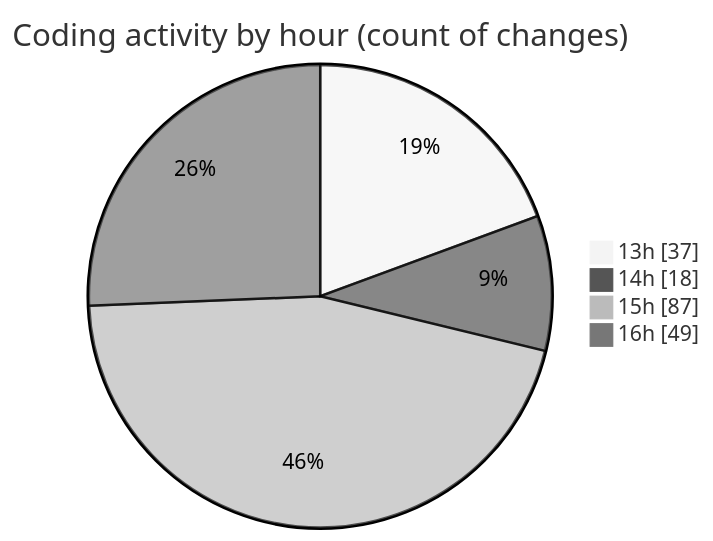
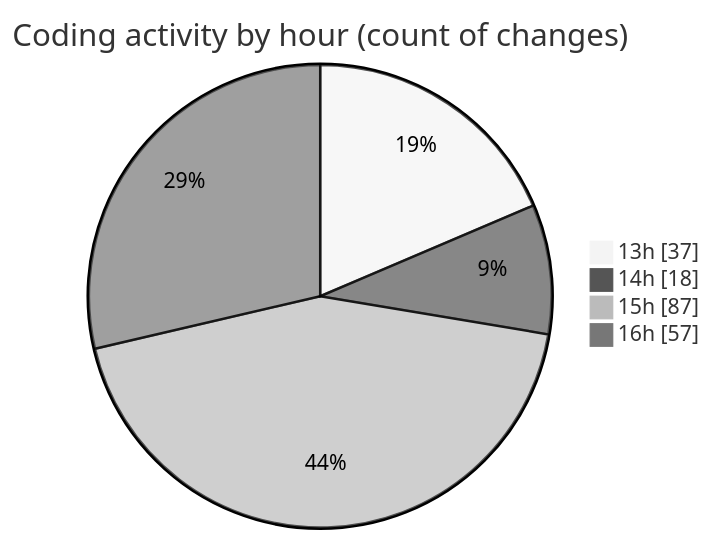
Before and after one commit to Unknowalive/code-tracking: the second of 2 diagrams in 2026-04-11/scripting_workshop/README.md, drawn with Mermaid (neutral theme). The commit also changed other lines of this file and 1 other file, not shown here.

````diff
--- a/2026-04-11/scripting_workshop/README.md
+++ b/2026-04-11/scripting_workshop/README.md
@@ -65,8 +65,8 @@
 ```mermaid
 pie showData
 title Coding activity by hour (count of changes)
 "13h" : 37
 "14h" : 18
 "15h" : 87
-"16h" : 49
+"16h" : 57
 ```
````
